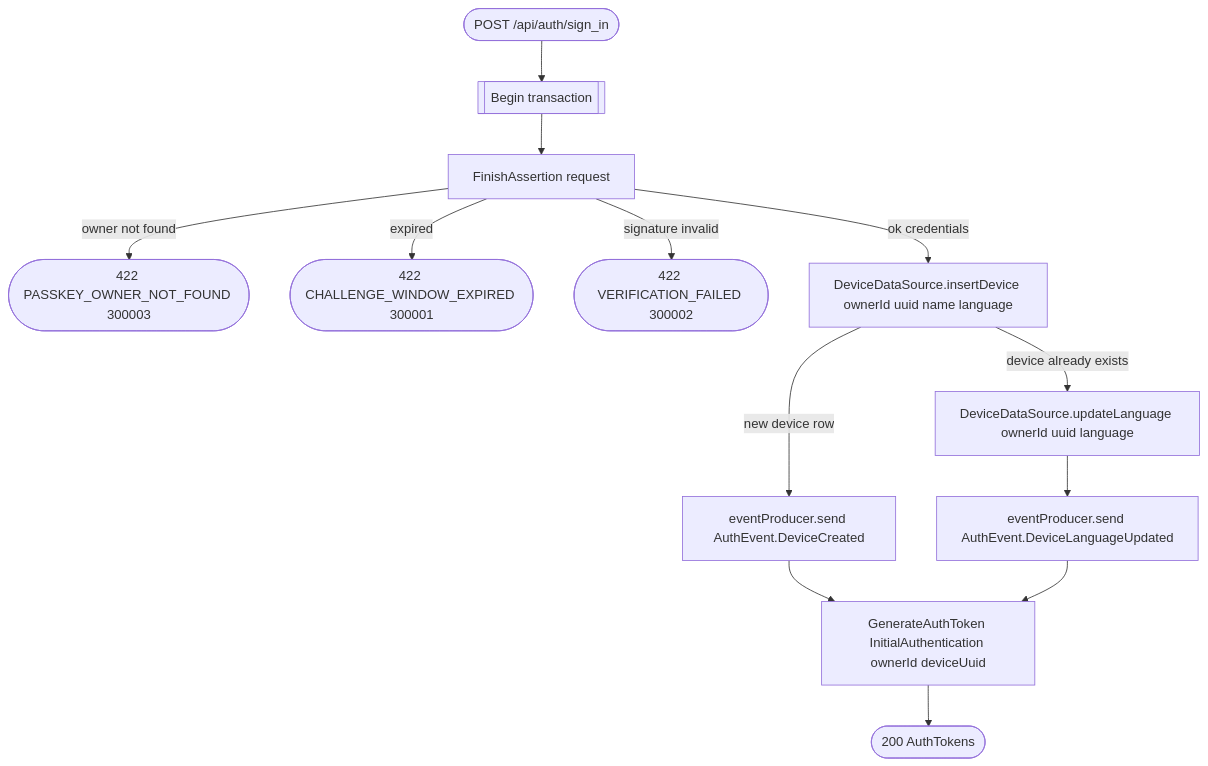
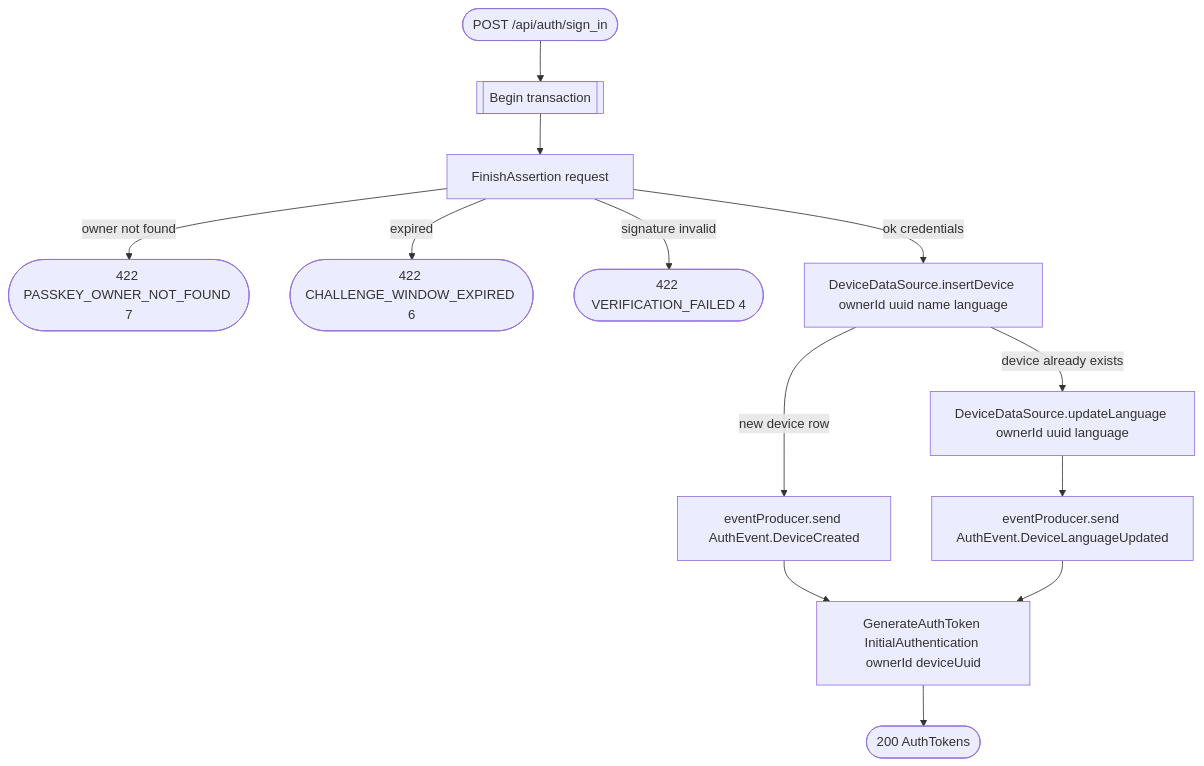
One commit to nocturneproperties/bookkme changed the diagram in docs/operations/authorization/sign-in.md. Above: the diagram before and after it, drawn with Mermaid. The commit also changed 97 other files, not shown here.

````diff
--- a/docs/operations/authorization/sign-in.md
+++ b/docs/operations/authorization/sign-in.md
@@ -10,15 +10,15 @@
 ```mermaid
 flowchart TD
     Start([POST /api/auth/sign_in]) --> Tx[[Begin transaction]]
     Tx --> Verify[FinishAssertion request]
-    Verify -- owner not found --> R422a([422 PASSKEY_OWNER_NOT_FOUND 300003])
-    Verify -- expired --> R422b([422 CHALLENGE_WINDOW_EXPIRED 300001])
-    Verify -- signature invalid --> R422c([422 VERIFICATION_FAILED 300002])
+    Verify -- owner not found --> R422a([422 PASSKEY_OWNER_NOT_FOUND 7])
+    Verify -- expired --> R422b([422 CHALLENGE_WINDOW_EXPIRED 6])
+    Verify -- signature invalid --> R422c([422 VERIFICATION_FAILED 4])
     Verify -- ok credentials --> InsertDevice[DeviceDataSource.insertDevice ownerId uuid name language]
     InsertDevice -- new device row --> DeviceCreatedEvt[eventProducer.send AuthEvent.DeviceCreated]
     InsertDevice -- device already exists --> UpdateLang[DeviceDataSource.updateLanguage ownerId uuid language]
     UpdateLang --> LangEvt[eventProducer.send AuthEvent.DeviceLanguageUpdated]
     DeviceCreatedEvt --> GenToken[GenerateAuthToken InitialAuthentication ownerId deviceUuid]
     LangEvt --> GenToken
     GenToken --> R200([200 AuthTokens])
 ```
````
